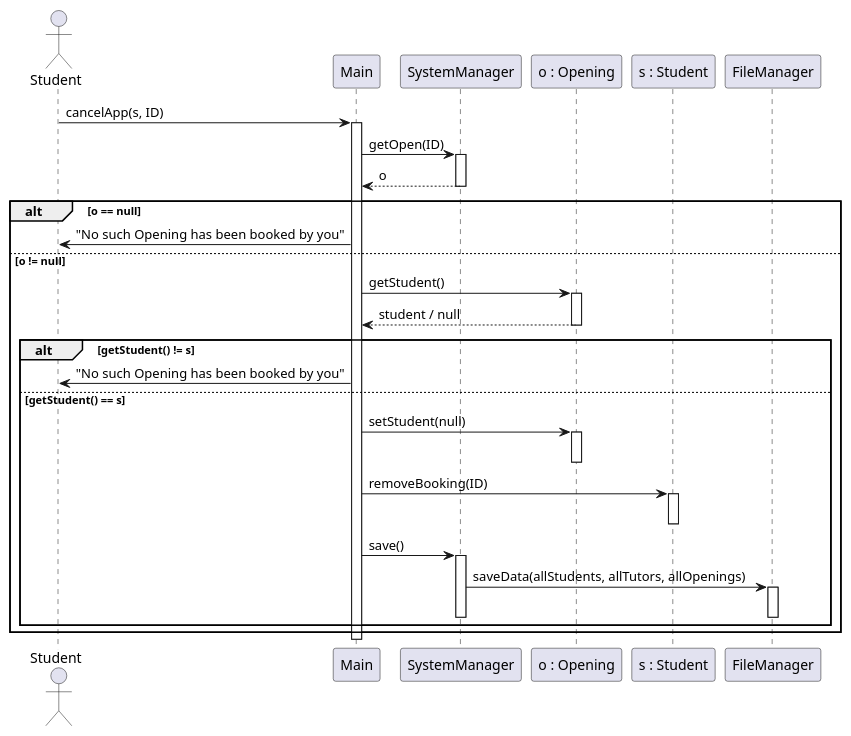
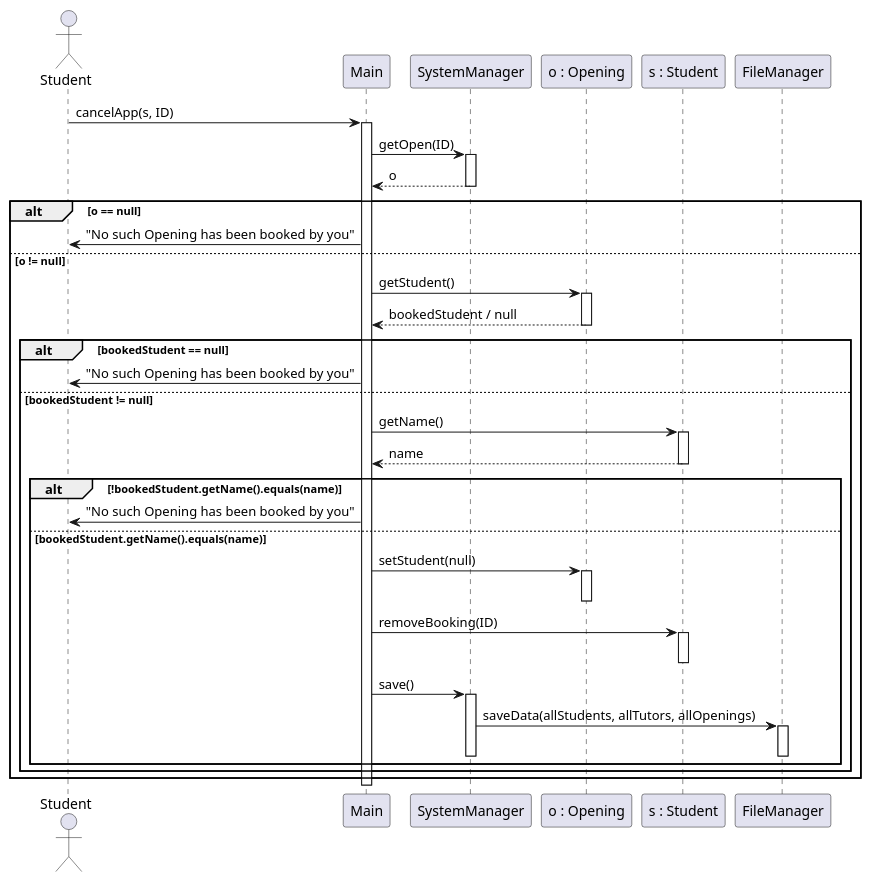
Before and after one commit to localhost433/OOPFinalProject: the diagram in docs/diagrams/cancel-appointment-sequence.puml, drawn with PlantUML.

```diff
--- a/docs/diagrams/cancel-appointment-sequence.puml
+++ b/docs/diagrams/cancel-appointment-sequence.puml
@@ -1,51 +1,59 @@
 @startuml cancel-appointment-sequence
 ' Sequence diagram — Student cancels an opening (Main.cancelApp)
 
 actor Student as student
 
 participant "Main" as main
 participant "SystemManager" as sys
 participant "o : Opening" as open
 participant "s : Student" as sObj
 participant "FileManager" as file
 
 student -> main : cancelApp(s, ID)
 activate main
 
 main -> sys : getOpen(ID)
 activate sys
 sys --> main : o
 deactivate sys
 
 alt o == null
     main -> student : "No such Opening has been booked by you"
 else o != null
     main -> open : getStudent()
     activate open
-    open --> main : student / null
+    open --> main : bookedStudent / null
     deactivate open
 
-    alt getStudent() != s
+    alt bookedStudent == null
         main -> student : "No such Opening has been booked by you"
-    else getStudent() == s
-        main -> open : setStudent(null)
-        activate open
-        deactivate open
-
-        main -> sObj : removeBooking(ID)
+    else bookedStudent != null
+        main -> sObj : getName()
         activate sObj
+        sObj --> main : name
         deactivate sObj
 
-        main -> sys : save()
+        alt !bookedStudent.getName().equals(name)
+            main -> student : "No such Opening has been booked by you"
+        else bookedStudent.getName().equals(name)
+            main -> open : setStudent(null)
+            activate open
+            deactivate open
 
-        activate sys
-        sys -> file : saveData(allStudents, allTutors, allOpenings)
-        activate file
-        deactivate file
-        deactivate sys
+            main -> sObj : removeBooking(ID)
+            activate sObj
+            deactivate sObj
+
+            main -> sys : save()
+            activate sys
+            sys -> file : saveData(allStudents, allTutors, allOpenings)
+            activate file
+            deactivate file
+            deactivate sys
+        end
     end
 end
 
 deactivate main
 
 @enduml
```
